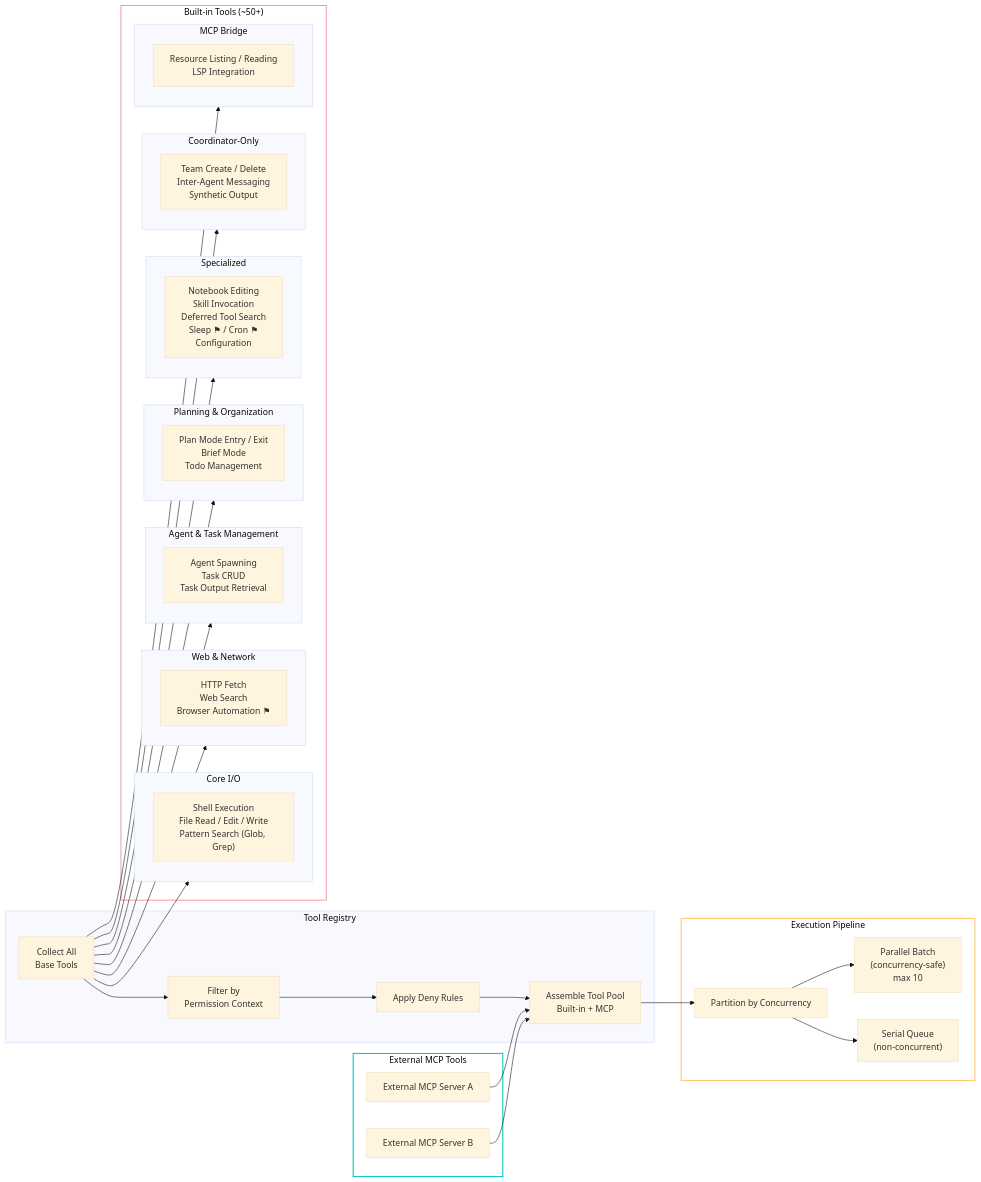
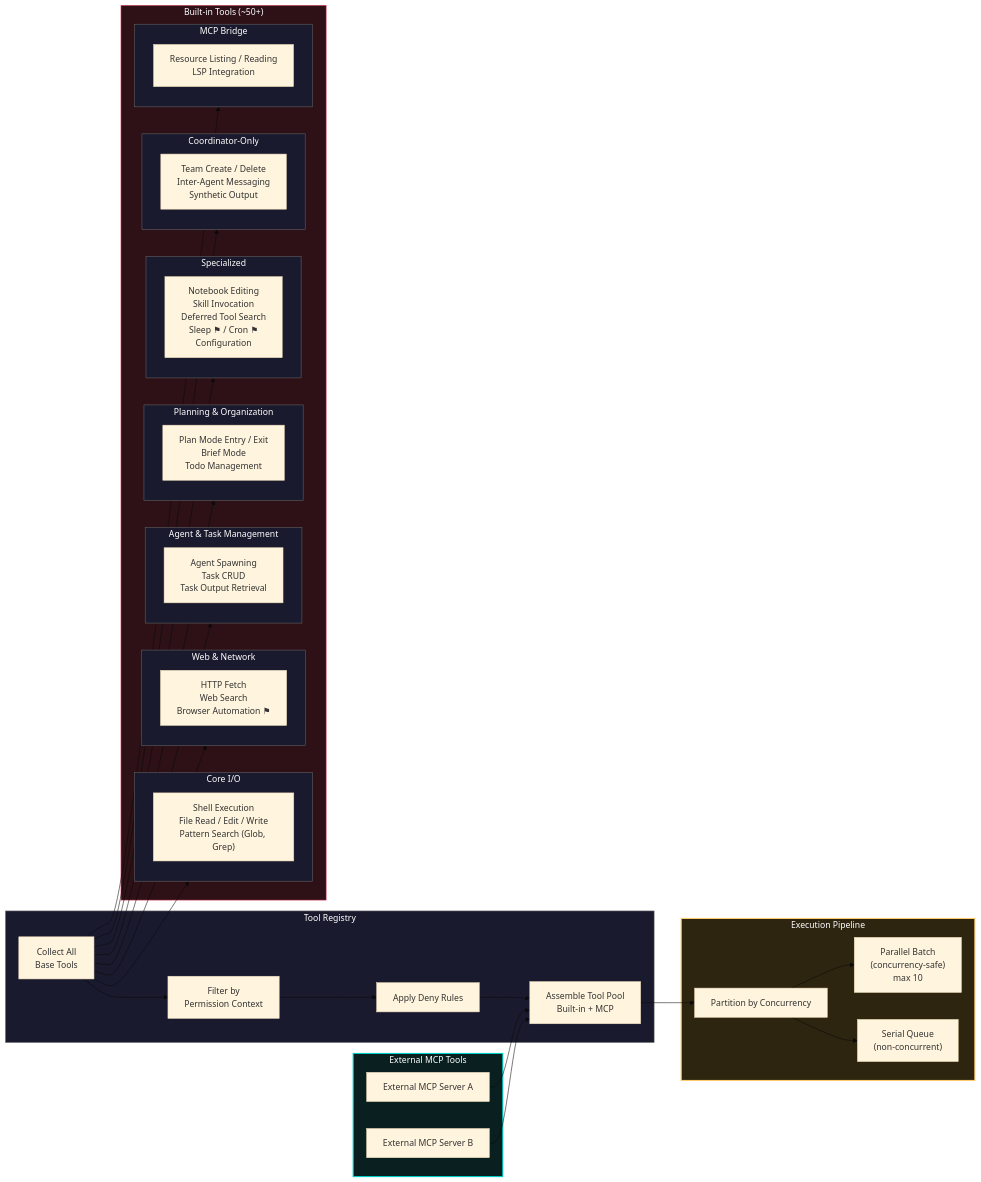
One commit to PavelValentov/multi-agent-architecture changed the fifth of 14 diagrams in DIAGRAMS.md. Above: the diagram before and after it, drawn with Mermaid (base theme). The commit also changed other lines of this file, not shown here.

First line of the commit message:
Add consistent dark fills to all diagram subgraphs

````diff
--- a/DIAGRAMS.md
+++ b/DIAGRAMS.md
@@ -451,71 +455,79 @@
 ```mermaid
 graph LR
     subgraph Registry["Tool Registry"]
         GET_ALL["Collect All<br/>Base Tools"]
         GET_TOOLS["Filter by<br/>Permission Context"]
         ASSEMBLE["Assemble Tool Pool<br/>Built-in + MCP"]
         FILTER["Apply Deny Rules"]
     end
 
     subgraph BuiltInTools["Built-in Tools (~50+)"]
         subgraph IO["Core I/O"]
             IO_TOOLS["Shell Execution<br/>File Read / Edit / Write<br/>Pattern Search (Glob, Grep)"]
         end
 
         subgraph Web["Web & Network"]
             WEB_TOOLS["HTTP Fetch<br/>Web Search<br/>Browser Automation ⚑"]
         end
 
         subgraph Agent["Agent & Task Management"]
             AGENT_TOOLS["Agent Spawning<br/>Task CRUD<br/>Task Output Retrieval"]
         end
 
         subgraph Planning["Planning & Organization"]
             PLAN_TOOLS["Plan Mode Entry / Exit<br/>Brief Mode<br/>Todo Management"]
         end
 
         subgraph Specialized["Specialized"]
             SPEC_TOOLS["Notebook Editing<br/>Skill Invocation<br/>Deferred Tool Search<br/>Sleep ⚑ / Cron ⚑<br/>Configuration"]
         end
 
         subgraph CoordTools["Coordinator-Only"]
             COORD_TOOLS["Team Create / Delete<br/>Inter-Agent Messaging<br/>Synthetic Output"]
         end
 
         subgraph MCPBridge["MCP Bridge"]
             MCP_BRIDGE_TOOLS["Resource Listing / Reading<br/>LSP Integration"]
         end
     end
 
     subgraph External["External MCP Tools"]
         MCP_SERVER["External MCP Server A"]
         MCP_SERVER2["External MCP Server B"]
     end
 
     GET_ALL --> IO
     GET_ALL --> Web
     GET_ALL --> Agent
     GET_ALL --> Planning
     GET_ALL --> Specialized
     GET_ALL --> CoordTools
     GET_ALL --> MCPBridge
     GET_ALL --> GET_TOOLS
     GET_TOOLS --> FILTER
     FILTER --> ASSEMBLE
     MCP_SERVER --> ASSEMBLE
     MCP_SERVER2 --> ASSEMBLE
 
     subgraph Execution["Execution Pipeline"]
         PARTITION["Partition by Concurrency"]
         PAR["Parallel Batch<br/>(concurrency-safe)<br/>max 10"]
         SER["Serial Queue<br/>(non-concurrent)"]
     end
 
     ASSEMBLE --> PARTITION
     PARTITION --> PAR
     PARTITION --> SER
 
-    style BuiltInTools fill:transparent,stroke:#e94560,stroke-width:1px
-    style External fill:transparent,stroke:#00cec9,stroke-width:2px
-    style Execution fill:transparent,stroke:#fdcb6e,stroke-width:2px
+    style Registry fill:#1a1a2e,stroke:#888,stroke-width:1px,color:#fff
+    style BuiltInTools fill:#2d1117,stroke:#e94560,stroke-width:1px,color:#fff
+    style IO fill:#1a1a2e,stroke:#666,stroke-width:1px,color:#fff
+    style Web fill:#1a1a2e,stroke:#666,stroke-width:1px,color:#fff
+    style Agent fill:#1a1a2e,stroke:#666,stroke-width:1px,color:#fff
+    style Planning fill:#1a1a2e,stroke:#666,stroke-width:1px,color:#fff
+    style Specialized fill:#1a1a2e,stroke:#666,stroke-width:1px,color:#fff
+    style CoordTools fill:#1a1a2e,stroke:#666,stroke-width:1px,color:#fff
+    style MCPBridge fill:#1a1a2e,stroke:#666,stroke-width:1px,color:#fff
+    style External fill:#0a2020,stroke:#00cec9,stroke-width:2px,color:#fff
+    style Execution fill:#2d2510,stroke:#fdcb6e,stroke-width:2px,color:#fff
 ```
````
